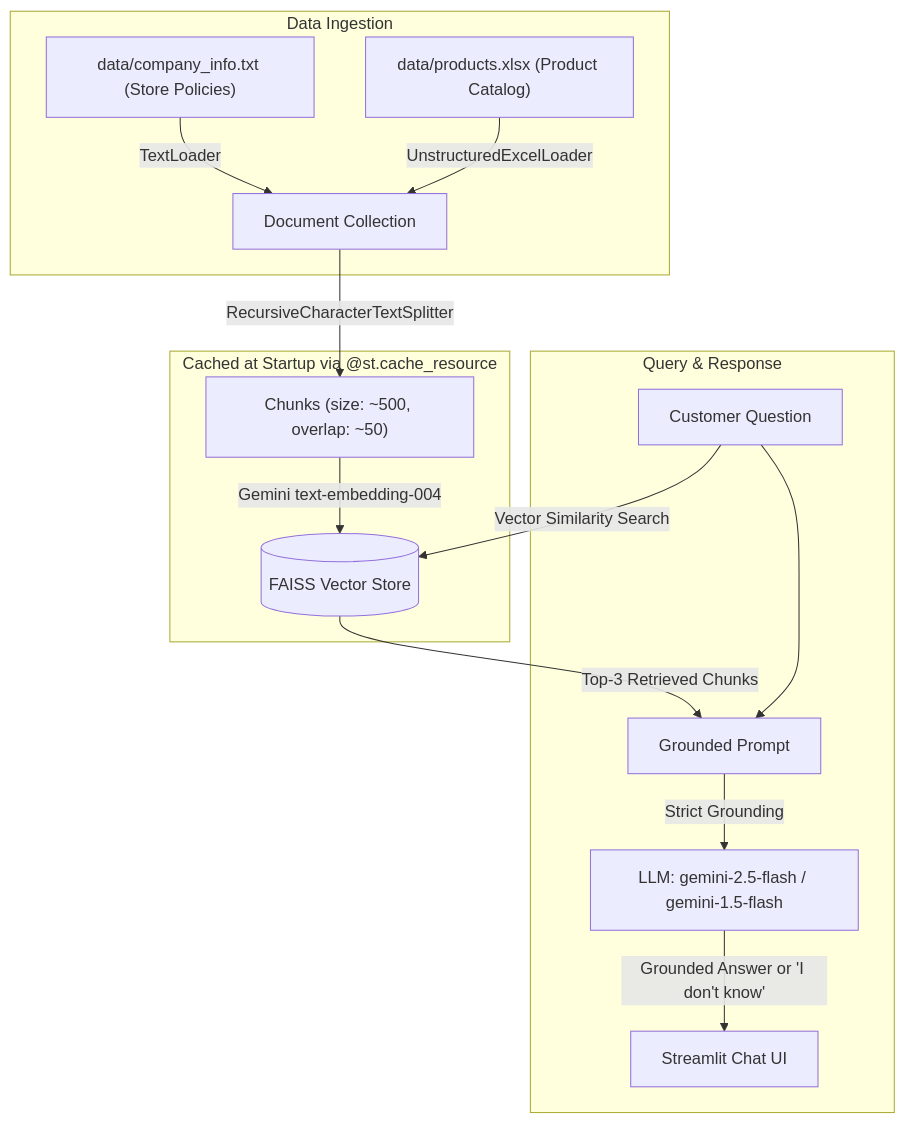
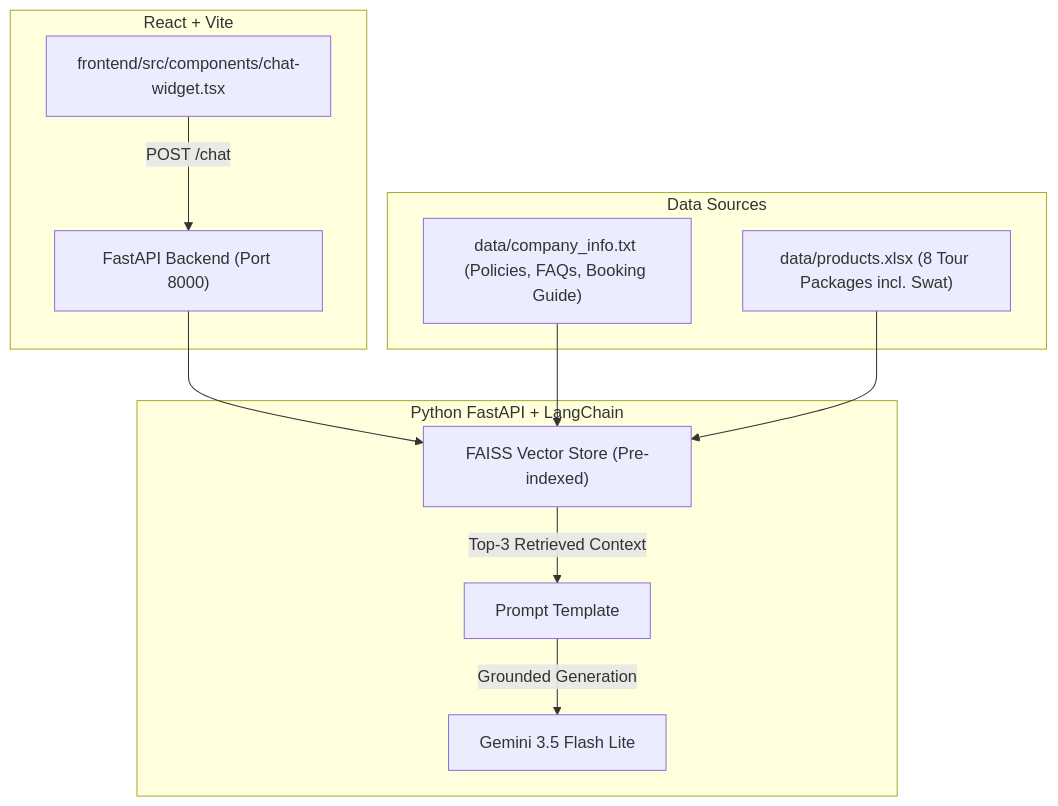
The diagram in README.md (saeedahmad-csg/roamora-rag-backend), drawn with Mermaid before and after one commit. The commit also changed other lines of this file and 11 other files, not shown here.

Commit message:
feat: Roamora Travels FastAPI RAG backend with cloud deployment config

````diff
--- a/README.md
+++ b/README.md
@@ -9,20 +9,17 @@
 ```mermaid
 flowchart TD
-    subgraph Data Ingestion
-        A["data/company_info.txt (Store Policies)"] -->|TextLoader| C[Document Collection]
-        B["data/products.xlsx (Product Catalog)"] -->|UnstructuredExcelLoader| C
+    subgraph Frontend [React + Vite]
+        A["frontend/src/components/chat-widget.tsx"] -->|POST /chat| B["FastAPI Backend (Port 8000)"]
     end
 
-    subgraph Indexing Phase [Cached at Startup via @st.cache_resource]
-        C -->|RecursiveCharacterTextSplitter| D["Chunks (size: ~500, overlap: ~50)"]
-        D -->|Gemini text-embedding-004| E[("FAISS Vector Store")]
+    subgraph Backend [Python FastAPI + LangChain]
+        B --> C["FAISS Vector Store (Pre-indexed)"]
+        C -->|Top-3 Retrieved Context| D["Prompt Template"]
+        D -->|Grounded Generation| E["Gemini 3.5 Flash Lite"]
     end
 
-    subgraph Query & Response
-        F[Customer Question] -->|Vector Similarity Search| E
-        E -->|Top-3 Retrieved Chunks| G[Grounded Prompt]
-        F --> G
-        G -->|Strict Grounding| H["LLM: gemini-2.5-flash / gemini-1.5-flash"]
-        H -->|"Grounded Answer or 'I don't know'"| I[Streamlit Chat UI]
+    subgraph Knowledge Base [Data Sources]
+        F["data/company_info.txt (Policies, FAQs, Booking Guide)"] --> C
+        G["data/products.xlsx (8 Tour Packages incl. Swat)"] --> C
     end
 ```
````
